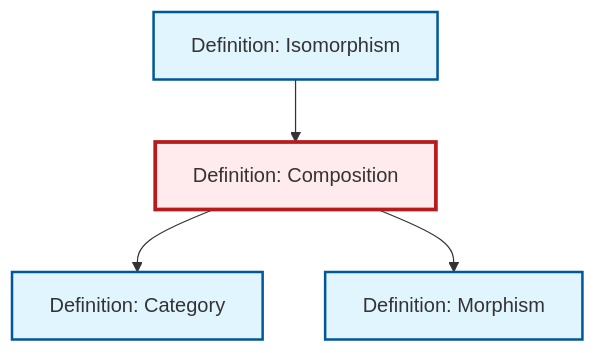
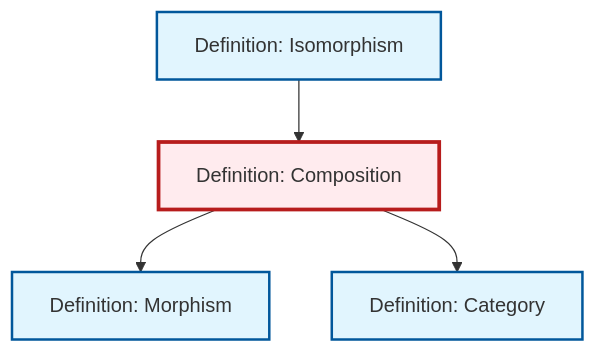
One commit to RK0429/ModernMath changed the diagram in content/ja/category-theory/def-composition.qmd. Above: the diagram before and after it, drawn with Mermaid. The commit also changed other lines of this file and 474 other files, not shown here.

````diff
--- a/content/ja/category-theory/def-composition.qmd
+++ b/content/ja/category-theory/def-composition.qmd
@@ -93,20 +93,20 @@
 ```{mermaid}
 %%| fig-cap: "Local dependency graph"
 graph TD
     classDef definition fill:#e1f5fe,stroke:#01579b,stroke-width:2px
     classDef theorem fill:#f3e5f5,stroke:#4a148c,stroke-width:2px
     classDef axiom fill:#fff3e0,stroke:#e65100,stroke-width:2px
     classDef example fill:#e8f5e9,stroke:#1b5e20,stroke-width:2px
     classDef current fill:#ffebee,stroke:#b71c1c,stroke-width:3px
+    def-isomorphism["Definition: Isomorphism"]:::definition
+    def-category["Definition: Category"]:::definition
+    def-composition["Definition: Composition"]:::definition
     def-morphism["Definition: Morphism"]:::definition
-    def-isomorphism["Definition: Isomorphism"]:::definition
-    def-composition["Definition: Composition"]:::definition
-    def-category["Definition: Category"]:::definition
+    def-composition --> def-morphism
     def-isomorphism --> def-composition
     def-composition --> def-category
-    def-composition --> def-morphism
     class def-composition current
-    click def-morphism "def-morphism.html" "Definition: Morphismへ"
     click def-isomorphism "def-isomorphism.html" "Definition: Isomorphismへ"
     click def-category "def-category.html" "Definition: Categoryへ"
+    click def-morphism "def-morphism.html" "Definition: Morphismへ"
 ```
````
